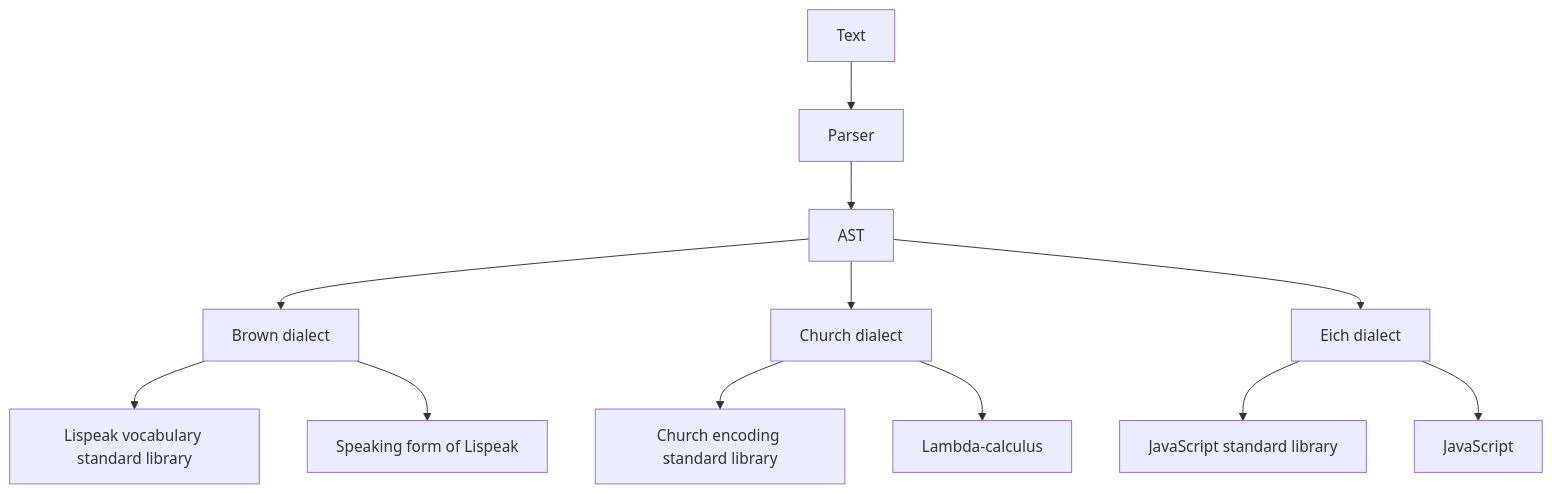
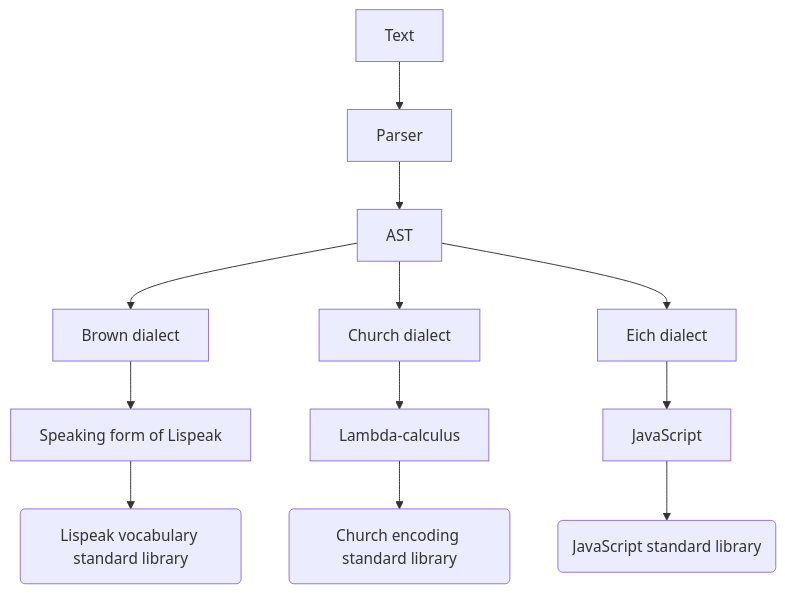
The diagram in README.md (lispeak/lispeak), drawn with Mermaid before and after one commit.

````diff
--- a/README.md
+++ b/README.md
@@ -30,14 +30,14 @@
 ```mermaid
 flowchart TD
     Text[Text] --> Parser[Parser]
     Parser --> AST[AST]
     AST --> Brown[Brown dialect]
     AST --> Church[Church dialect]
     AST --> Eich[Eich dialect]
-    Brown --> LispeakVocabulary[Lispeak vocabulary standard library]
-    Church --> ChurchEncoding[Church encoding standard library]
-    Eich --> JavaScriptStd[JavaScript standard library]
     Brown --> SpeakingForm[Speaking form of Lispeak]
     Church --> LambdaCalculus[Lambda-calculus]
     Eich --> JavaScript[JavaScript]
+    SpeakingForm --> LispeakVocabulary(Lispeak vocabulary standard library)
+    LambdaCalculus --> ChurchEncoding(Church encoding standard library)
+    JavaScript --> JavaScriptStd(JavaScript standard library)
 ```
````
